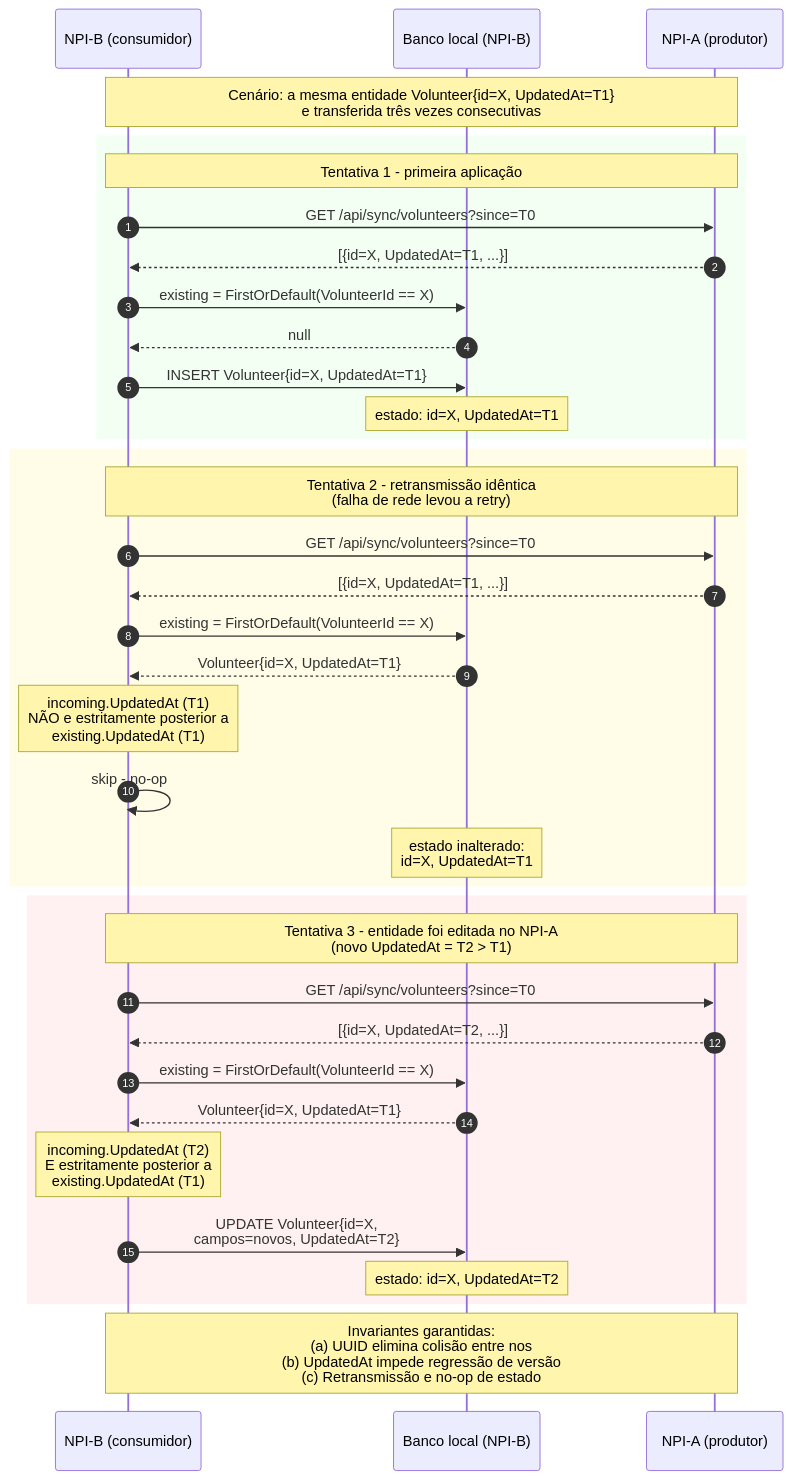
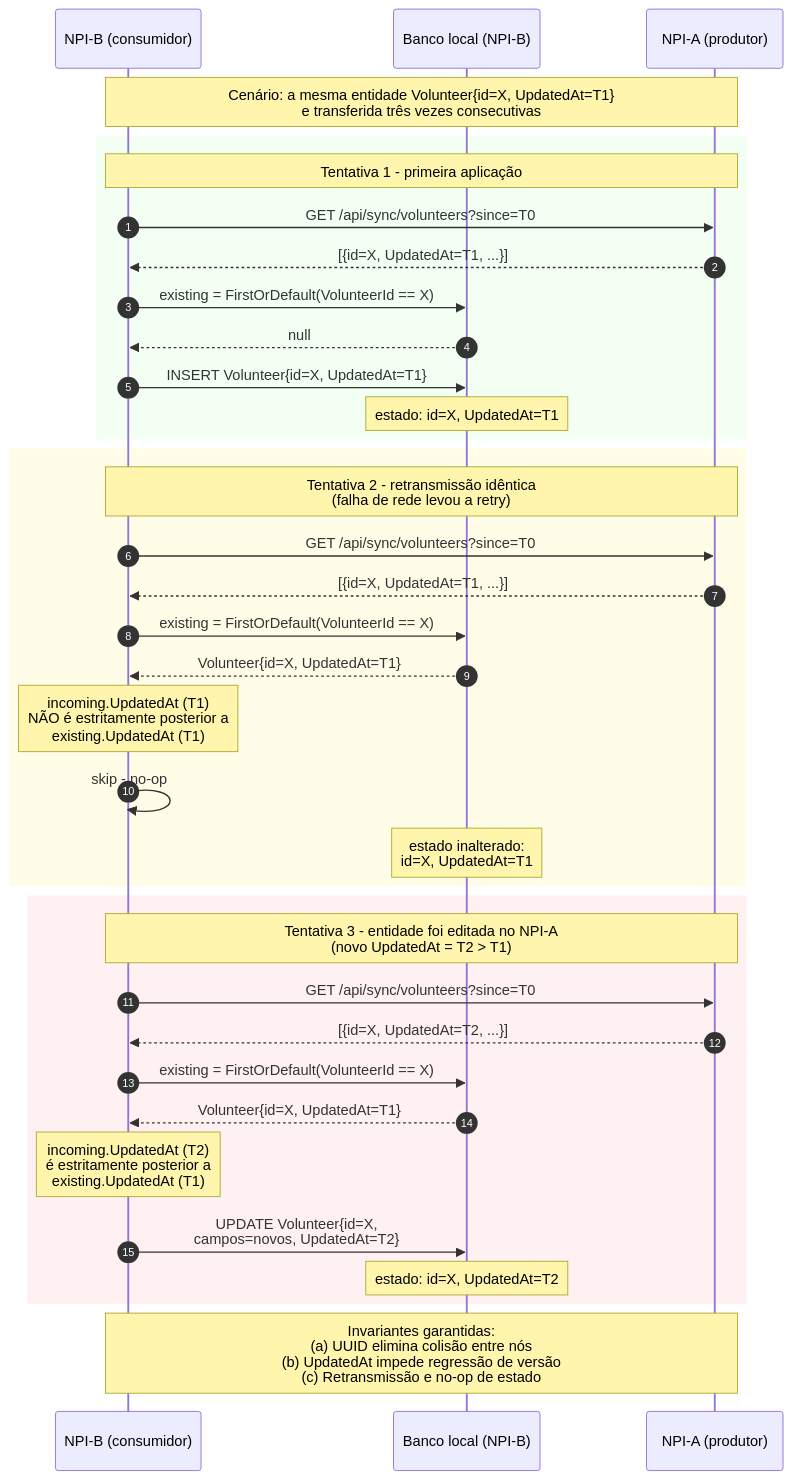
The diagram in figuras/Desenvolvimento/NPI/idempotencia.mmd (VitorAndTxr/TCC-Vitor), drawn with Mermaid before and after one commit. The commit also changed 6 other files, not shown here.

Commit message:
Mais correções em diagramas

```diff
--- a/figuras/Desenvolvimento/NPI/idempotencia.mmd
+++ b/figuras/Desenvolvimento/NPI/idempotencia.mmd
@@ -1,46 +1,46 @@
 %% ============================================================
 %% Idempotencia sob retransmissao: deteccao por UUID e watermark UpdatedAt
 %% Referenciado em: cap-experimentos-resultados.tex (4.2.5.4)
 %% Label: fig:NPIIdempotencia
 %% ============================================================
 sequenceDiagram
     autonumber
     participant B as NPI-B (consumidor)
     participant DB as Banco local (NPI-B)
     participant A as NPI-A (produtor)
 
     Note over B,A: Cenário: a mesma entidade Volunteer{id=X, UpdatedAt=T1}<br/>e transferida três vezes consecutivas
 
     rect rgba(220,255,220,0.35)
         Note over B,A: Tentativa 1 - primeira aplicação
         B->>A: GET /api/sync/volunteers?since=T0
         A-->>B: [{id=X, UpdatedAt=T1, ...}]
         B->>DB: existing = FirstOrDefault(VolunteerId == X)
         DB-->>B: null
         B->>DB: INSERT Volunteer{id=X, UpdatedAt=T1}
         Note over DB: estado: id=X, UpdatedAt=T1
     end
 
     rect rgba(255,250,205,0.45)
         Note over B,A: Tentativa 2 - retransmissão idêntica<br/>(falha de rede levou a retry)
         B->>A: GET /api/sync/volunteers?since=T0
         A-->>B: [{id=X, UpdatedAt=T1, ...}]
         B->>DB: existing = FirstOrDefault(VolunteerId == X)
         DB-->>B: Volunteer{id=X, UpdatedAt=T1}
-        Note over B: incoming.UpdatedAt (T1)<br/>NÃO e estritamente posterior a<br/>existing.UpdatedAt (T1)
+        Note over B: incoming.UpdatedAt (T1)<br/>NÃO é estritamente posterior a<br/>existing.UpdatedAt (T1)
         B->>B: skip - no-op
         Note over DB: estado inalterado:<br/>id=X, UpdatedAt=T1
     end
 
     rect rgba(255,225,225,0.45)
         Note over B,A: Tentativa 3 - entidade foi editada no NPI-A<br/>(novo UpdatedAt = T2 > T1)
         B->>A: GET /api/sync/volunteers?since=T0
         A-->>B: [{id=X, UpdatedAt=T2, ...}]
         B->>DB: existing = FirstOrDefault(VolunteerId == X)
         DB-->>B: Volunteer{id=X, UpdatedAt=T1}
-        Note over B: incoming.UpdatedAt (T2)<br/>E estritamente posterior a<br/>existing.UpdatedAt (T1)
+        Note over B: incoming.UpdatedAt (T2)<br/>é estritamente posterior a<br/>existing.UpdatedAt (T1)
         B->>DB: UPDATE Volunteer{id=X,<br/>campos=novos, UpdatedAt=T2}
         Note over DB: estado: id=X, UpdatedAt=T2
     end
 
-    Note over B,A: Invariantes garantidas:<br/>(a) UUID elimina colisão entre nos<br/>(b) UpdatedAt impede regressão de versão<br/>(c) Retransmissão e no-op de estado
+    Note over B,A: Invariantes garantidas:<br/>(a) UUID elimina colisão entre nós<br/>(b) UpdatedAt impede regressão de versão<br/>(c) Retransmissão e no-op de estado
```
